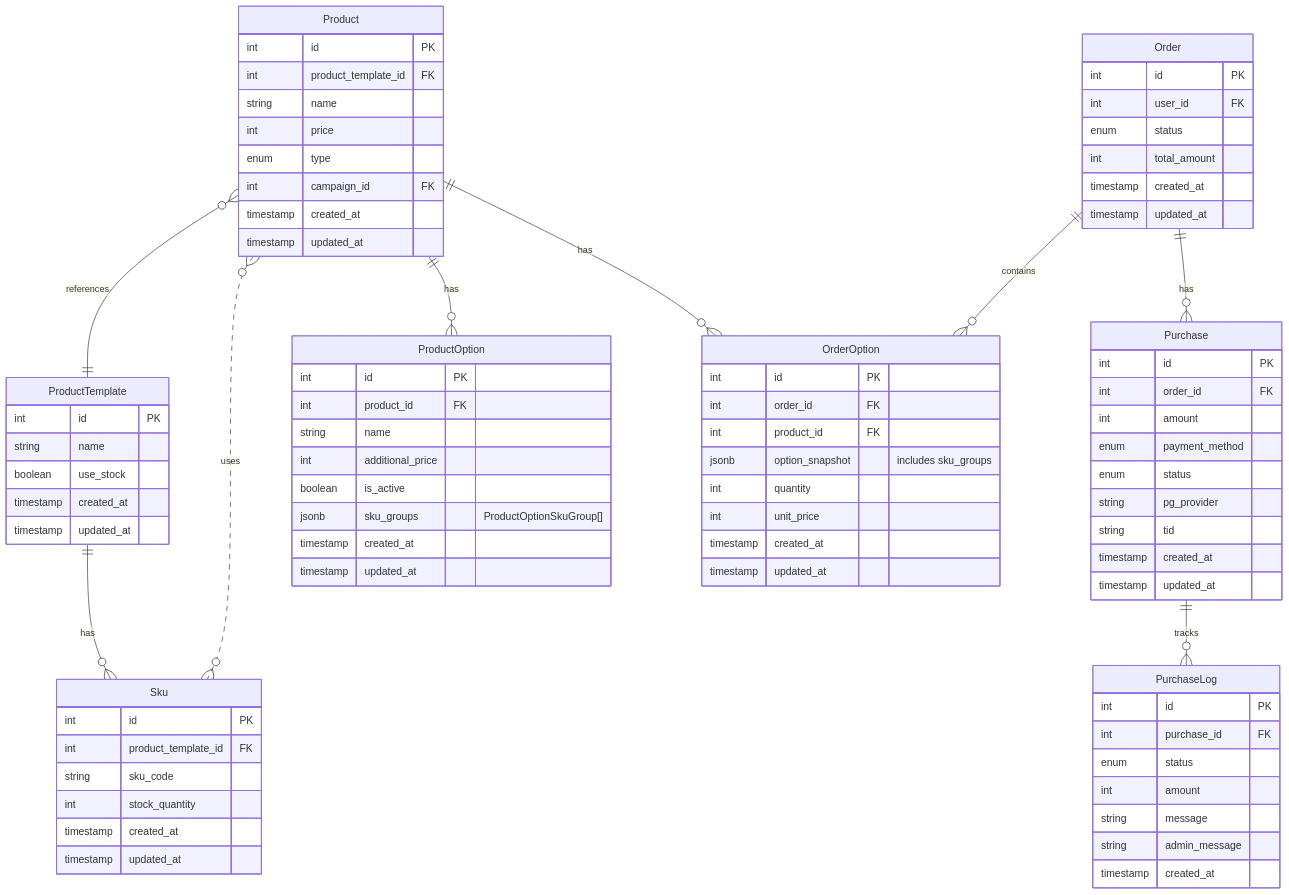
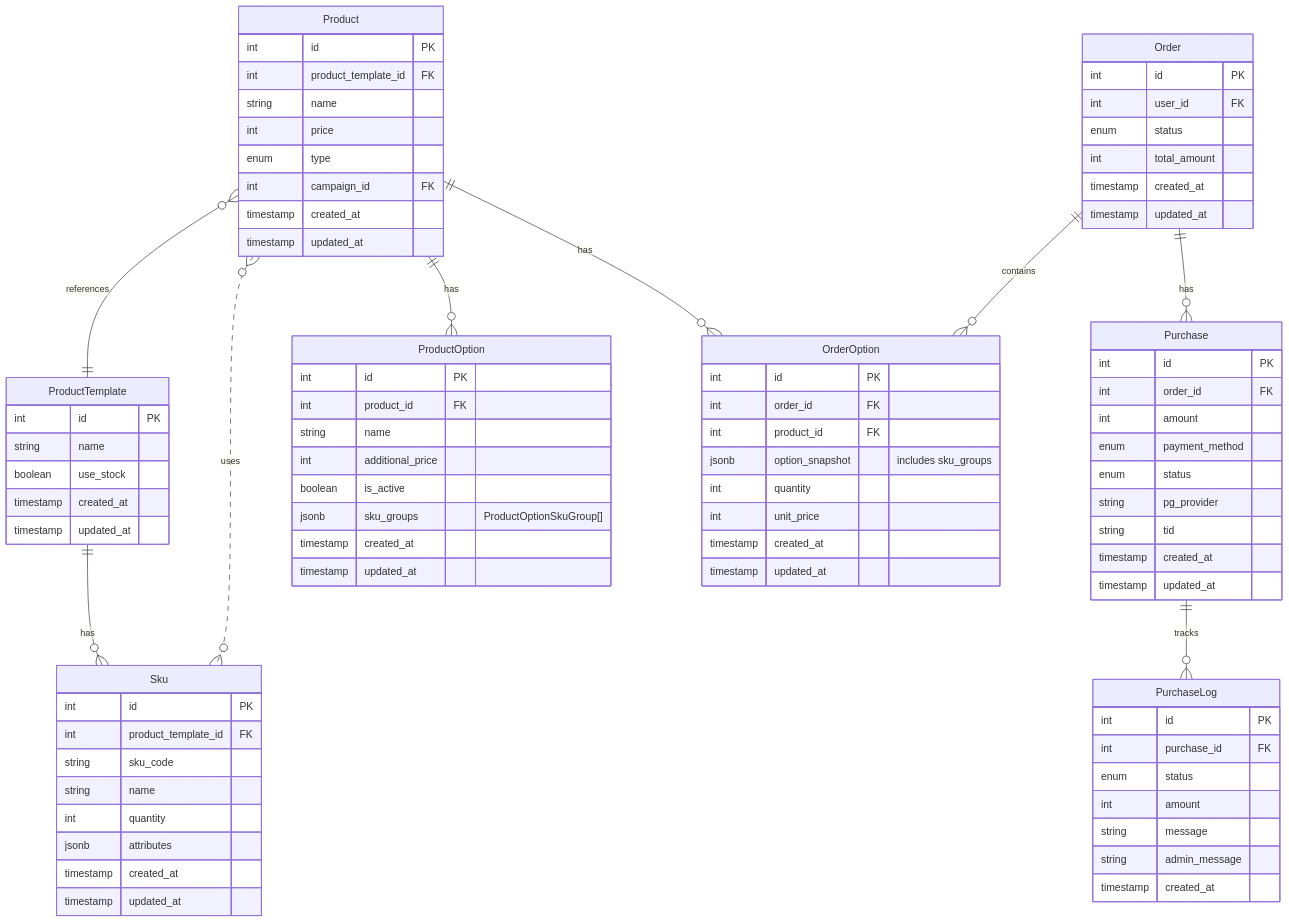
One commit to yestravelkr/yestravel changed the diagram in docs/payment-order.md. Above: the diagram before and after it, drawn with Mermaid. The commit also changed other lines of this file, not shown here.

```diff
--- a/docs/payment-order.md
+++ b/docs/payment-order.md
@@ -37,7 +37,9 @@
         int id PK
         int product_template_id FK
         string sku_code
-        int stock_quantity
+        string name
+        int quantity
+        jsonb attributes
         timestamp created_at
         timestamp updated_at
     }
```
